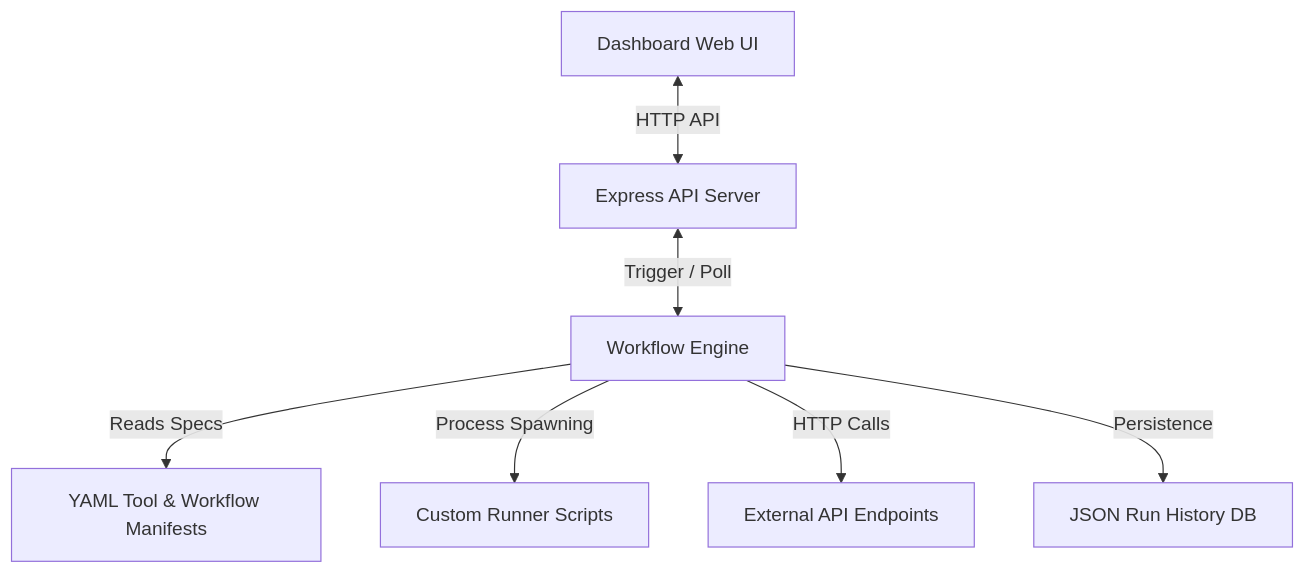
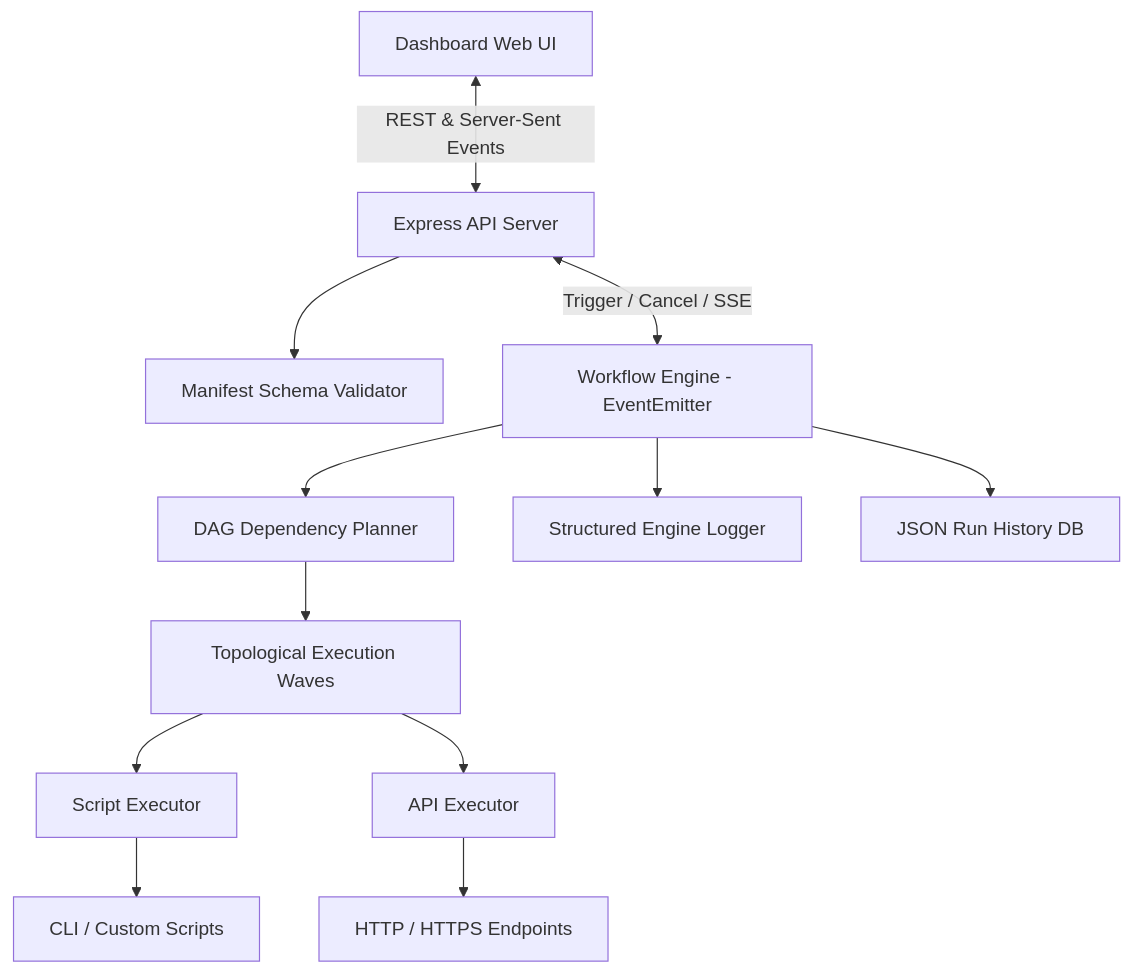
Before and after one commit to MelvinjoseC/Automation-on-coustem-tools: the diagram in README.md, drawn with Mermaid. The commit also changed other lines of this file and 3 other files, not shown here.

Commit message:
docs: update README with architecture v2, API spec, and enterprise deployment guide

````diff
--- a/README.md
+++ b/README.md
@@ -11,9 +11,14 @@
 ```mermaid
 graph TD
-    UI[Dashboard Web UI] <-->|HTTP API| Server[Express API Server]
-    Server <-->|Trigger / Poll| Engine[Workflow Engine]
-    Engine -->|Reads Specs| Configs[YAML Tool & Workflow Manifests]
-    Engine -->|Process Spawning| Scripts[Custom Runner Scripts]
-    Engine -->|HTTP Calls| ExternalAPIs[External API Endpoints]
-    Engine -->|Persistence| Runs[JSON Run History DB]
+    UI[Dashboard Web UI] <-->|REST & Server-Sent Events| Server[Express API Server]
+    Server --> Validator[Manifest Schema Validator]
+    Server <-->|Trigger / Cancel / SSE| Engine[Workflow Engine - EventEmitter]
+    Engine --> DAG[DAG Dependency Planner]
+    DAG --> ExecWaves[Topological Execution Waves]
+    ExecWaves --> ScriptExec[Script Executor]
+    ExecWaves --> ApiExec[API Executor]
+    ScriptExec --> Scripts[CLI / Custom Scripts]
+    ApiExec --> ExternalAPIs[HTTP / HTTPS Endpoints]
+    Engine --> Logger[Structured Engine Logger]
+    Engine --> Runs[JSON Run History DB]
 ```
````
